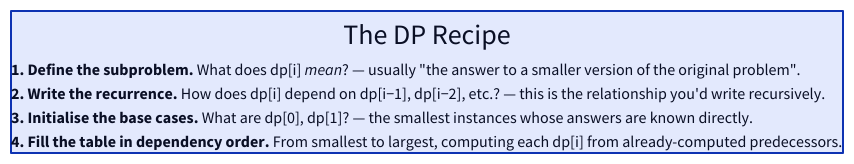
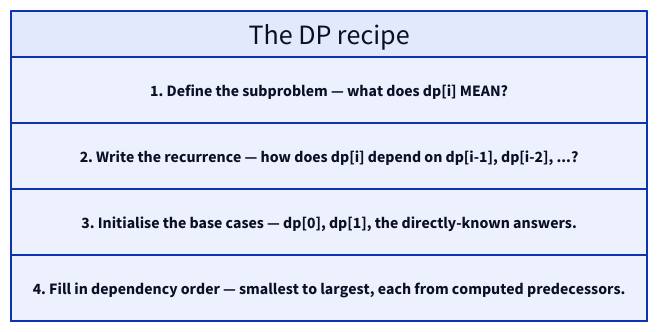
Before and after one commit to ani2fun/codefolio: the second of 2 diagrams in content/cortex/data-structures-and-algorithms/05-algorithms-by-strategy/05-dynamic-programming/01-linear-dp.md, drawn with D2. The commit also changed other lines of this file and 1049 other files, not shown here.

````diff
--- a/content/cortex/data-structures-and-algorithms/05-algorithms-by-strategy/05-dynamic-programming/01-linear-dp.md
+++ b/content/cortex/data-structures-and-algorithms/05-algorithms-by-strategy/05-dynamic-programming/01-linear-dp.md
@@ -104,19 +78,11 @@
 ```d2
-recipe: "The DP Recipe" {
+recipe: "The DP recipe" {
   grid-rows: 4
   grid-columns: 1
   grid-gap: 0
-  s1: |md
-    **1. Define the subproblem.** What does dp[i] *mean*? — usually "the answer to a smaller version of the original problem".
-  |
-  s2: |md
-    **2. Write the recurrence.** How does dp[i] depend on dp[i−1], dp[i−2], etc.? — this is the relationship you'd write recursively.
-  |
-  s3: |md
-    **3. Initialise the base cases.** What are dp[0], dp[1]? — the smallest instances whose answers are known directly.
-  |
-  s4: |md
-    **4. Fill the table in dependency order.** From smallest to largest, computing each dp[i] from already-computed predecessors.
-  |
+  s1: "1. Define the subproblem — what does dp[i] MEAN?"
+  s2: "2. Write the recurrence — how does dp[i] depend on dp[i-1], dp[i-2], ...?"
+  s3: "3. Initialise the base cases — dp[0], dp[1], the directly-known answers."
+  s4: "4. Fill in dependency order — smallest to largest, each from computed predecessors."
 }
 ```
````
